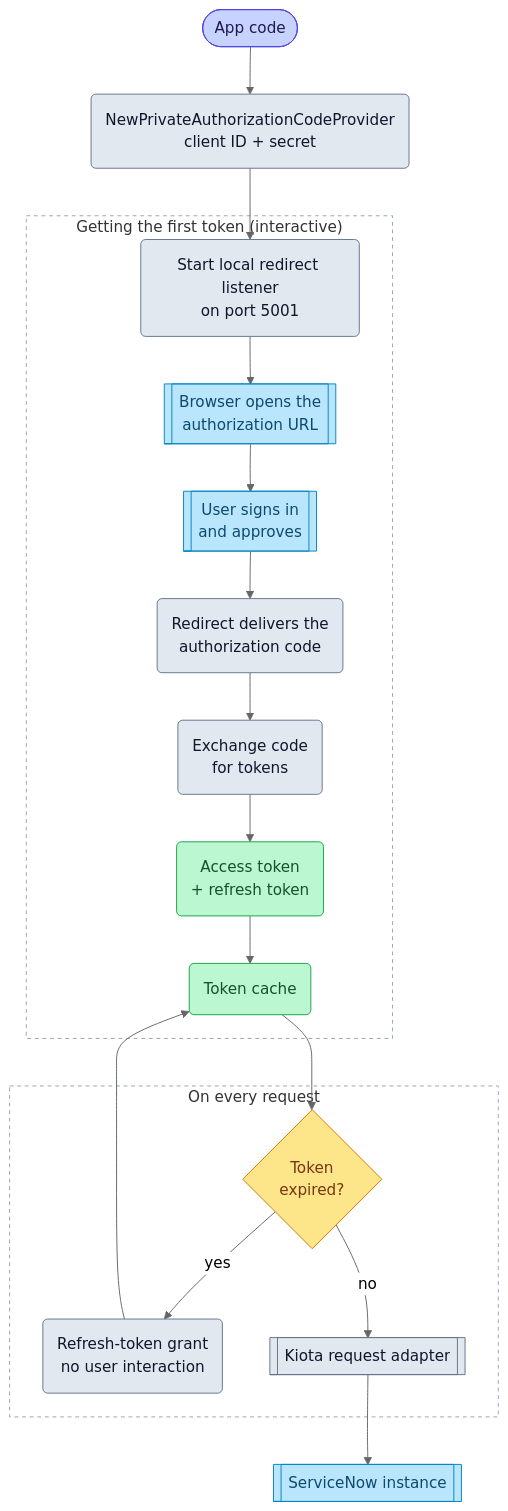
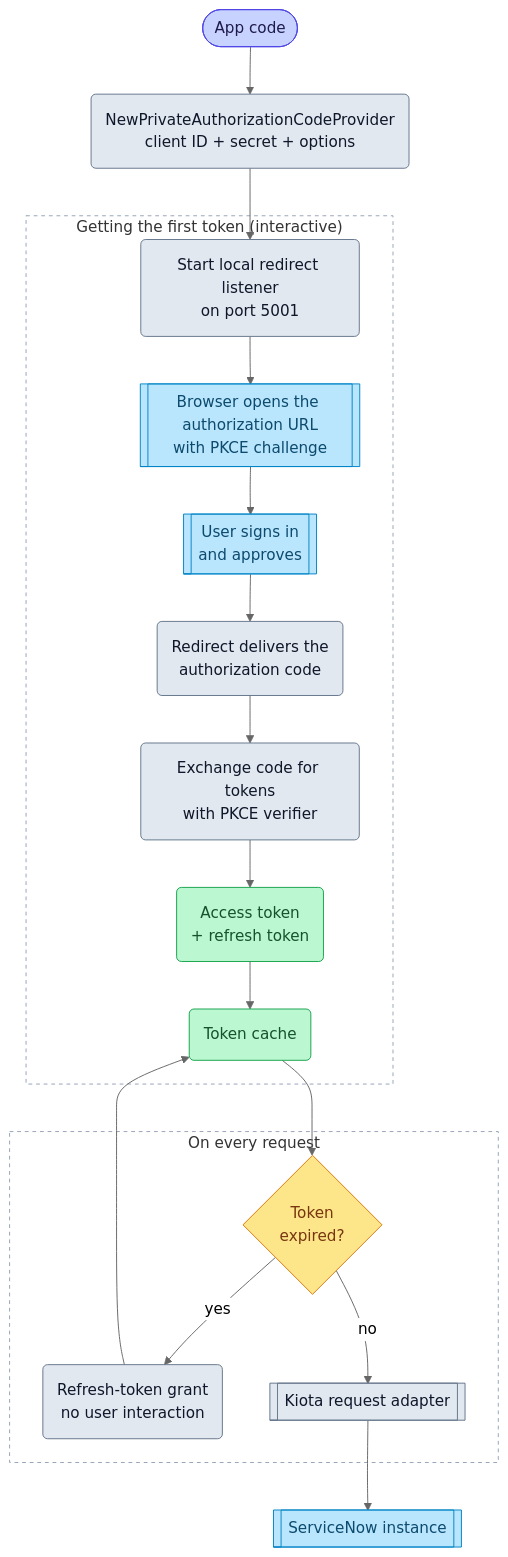
Before and after one commit to michaeldcanady/servicenow-sdk-go: the diagram in website/docs/user-guide/authentication/auth-code-private.mdx, drawn with Mermaid (neutral theme). The commit also changed other lines of this file and 9 other files, not shown here.

````diff
--- a/website/docs/user-guide/authentication/auth-code-private.mdx
+++ b/website/docs/user-guide/authentication/auth-code-private.mdx
@@ -32,31 +29,31 @@
 ```mermaid
 flowchart TD
-    A([App code]):::app --> B(NewPrivateAuthorizationCodeProvider<br/>client ID + secret):::sdk
+    A([App code]):::app --> B(NewPrivateAuthorizationCodeProvider<br/>client ID + secret + options):::sdk
 
     subgraph acquire ["Getting the first token (interactive)"]
-        H(Start local redirect listener<br/>on port 5001):::sdk --> J[[Browser opens the<br/>authorization URL]]:::external
+        H(Start local redirect listener<br/>on port 5001):::sdk --> J[[Browser opens the authorization URL<br/>with PKCE challenge]]:::external
         J --> K[[User signs in<br/>and approves]]:::external
         K --> L(Redirect delivers the<br/>authorization code):::sdk
-        L --> M(Exchange code<br/>for tokens):::sdk
+        L --> M(Exchange code for tokens<br/>with PKCE verifier):::sdk
         M --> N(Access token<br/>+ refresh token):::token
         N --> O(Token cache):::token
     end
     B --> H
 
     subgraph request ["On every request"]
         P{Token<br/>expired?}:::decision
         P -- yes --> Q(Refresh-token grant<br/>no user interaction):::sdk
         P -- no --> R[[Kiota request adapter]]:::sdk
     end
     O --> P
     Q --> O
     R --> S[[ServiceNow instance]]:::external
 
     classDef app fill:#c7d2fe,stroke:#4f46e5,color:#1e1b4b
     classDef sdk fill:#e2e8f0,stroke:#64748b,color:#0f172a
     classDef decision fill:#fde68a,stroke:#d97706,color:#78350f
     classDef token fill:#bbf7d0,stroke:#16a34a,color:#14532d
     classDef external fill:#bae6fd,stroke:#0284c7,color:#0c4a6e
     style acquire fill:transparent,stroke:#94a3b8,stroke-dasharray:4 4
     style request fill:transparent,stroke:#94a3b8,stroke-dasharray:4 4
 ```
````
